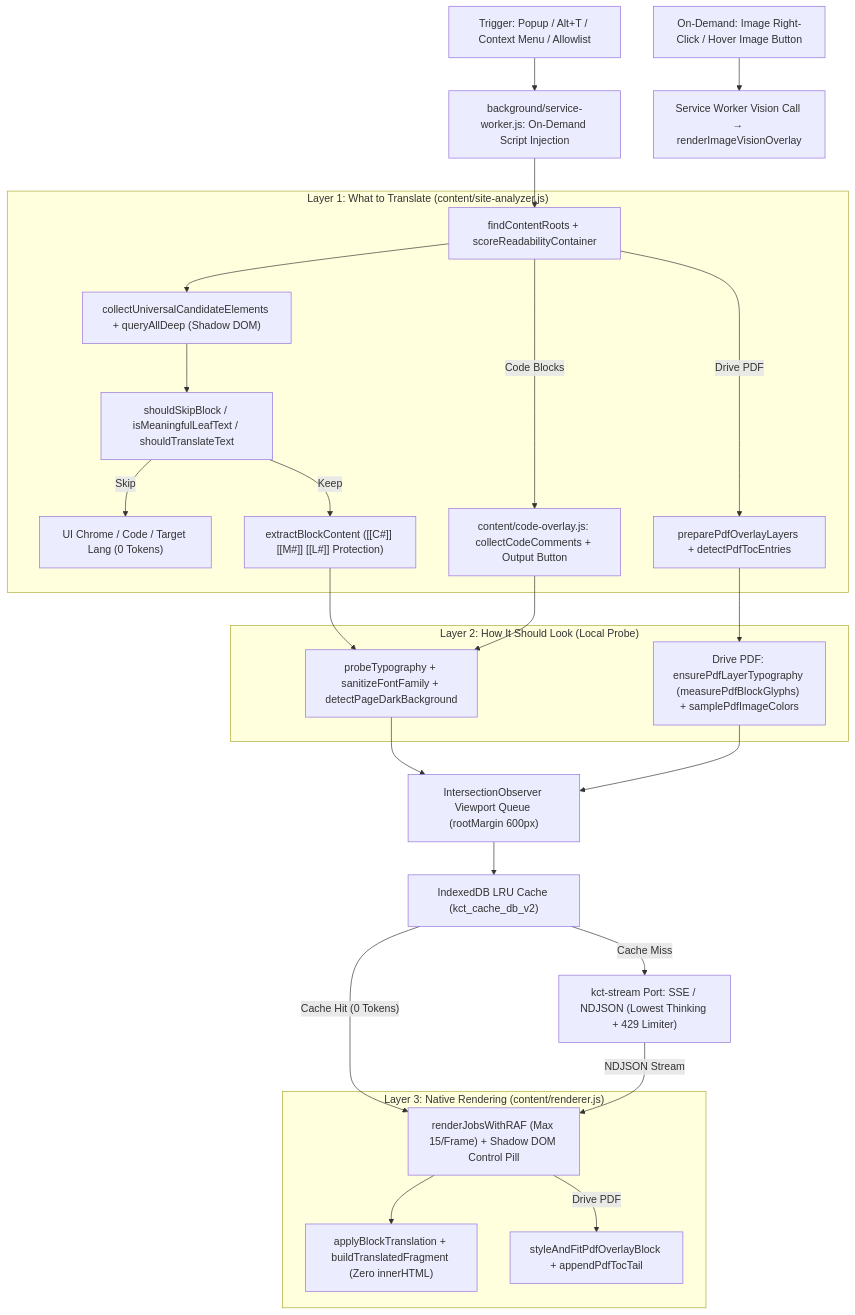
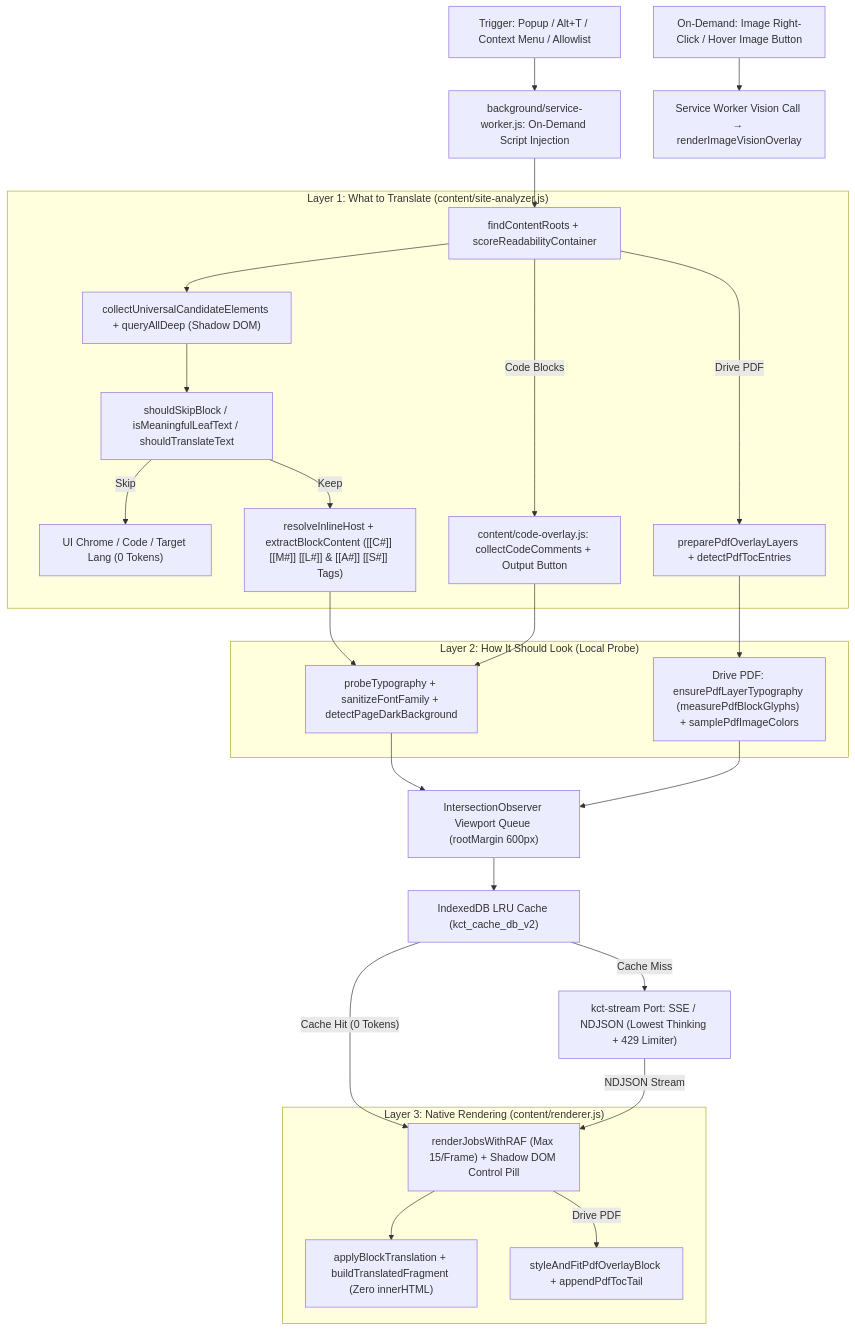
One commit to Chih-Kai-Wang/kaggle-course-translator changed the second of 2 diagrams in README.md. Above: the diagram before and after it, drawn with Mermaid. The commit also changed other lines of this file and 47 other files, not shown here.

````diff
--- a/README.md
+++ b/README.md
@@ -104,39 +126,39 @@
 ```mermaid
 flowchart TD
     A["Trigger: Popup / Alt+T / Context Menu / Allowlist"] --> B["background/service-worker.js: On-Demand Script Injection"]
     B --> C1
 
     subgraph L1["Layer 1: What to Translate (content/site-analyzer.js)"]
         C1["findContentRoots + scoreReadabilityContainer"]
         C1 --> C2["collectUniversalCandidateElements + queryAllDeep (Shadow DOM)"]
         C2 --> C3["shouldSkipBlock / isMeaningfulLeafText / shouldTranslateText"]
         C3 -->|"Skip"| SKIP["UI Chrome / Code / Target Lang (0 Tokens)"]
-        C3 -->|"Keep"| C4["extractBlockContent ([[C#]] [[M#]] [[L#]] Protection)"]
+        C3 -->|"Keep"| C4["resolveInlineHost + extractBlockContent ([[C#]] [[M#]] [[L#]] & [[A#]] [[S#]] Tags)"]
         C1 -->|"Drive PDF"| C5["preparePdfOverlayLayers + detectPdfTocEntries"]
         C1 -->|"Code Blocks"| C6["content/code-overlay.js: collectCodeComments + Output Button"]
     end
 
     subgraph L2["Layer 2: How It Should Look (Local Probe)"]
         D1["probeTypography + sanitizeFontFamily + detectPageDarkBackground"]
         D2["Drive PDF: ensurePdfLayerTypography (measurePdfBlockGlyphs) + samplePdfImageColors"]
     end
 
     C4 --> D1
     C6 --> D1
     C5 --> D2
 
     D1 --> Q1["IntersectionObserver Viewport Queue (rootMargin 600px)"]
     D2 --> Q1
     Q1 --> Q2["IndexedDB LRU Cache (kct_cache_db_v2)"]
     Q2 -->|"Cache Hit (0 Tokens)"| R1
     Q2 -->|"Cache Miss"| Q3["kct-stream Port: SSE / NDJSON (Lowest Thinking + 429 Limiter)"]
     Q3 -->|"NDJSON Stream"| R1
 
     subgraph L3["Layer 3: Native Rendering (content/renderer.js)"]
         R1["renderJobsWithRAF (Max 15/Frame) + Shadow DOM Control Pill"]
         R1 --> R2["applyBlockTranslation + buildTranslatedFragment (Zero innerHTML)"]
         R1 -->|"Drive PDF"| R3["styleAndFitPdfOverlayBlock + appendPdfTocTail"]
     end
 
     M1["On-Demand: Image Right-Click / Hover Image Button"] --> M2["Service Worker Vision Call → renderImageVisionOverlay"]
 ```
````
